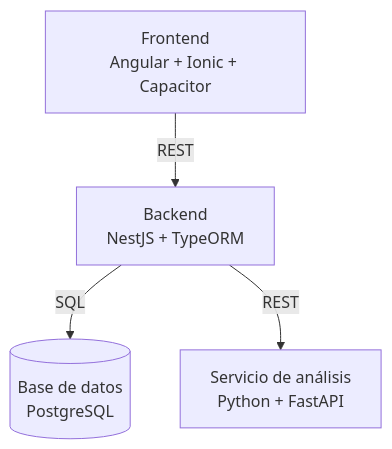
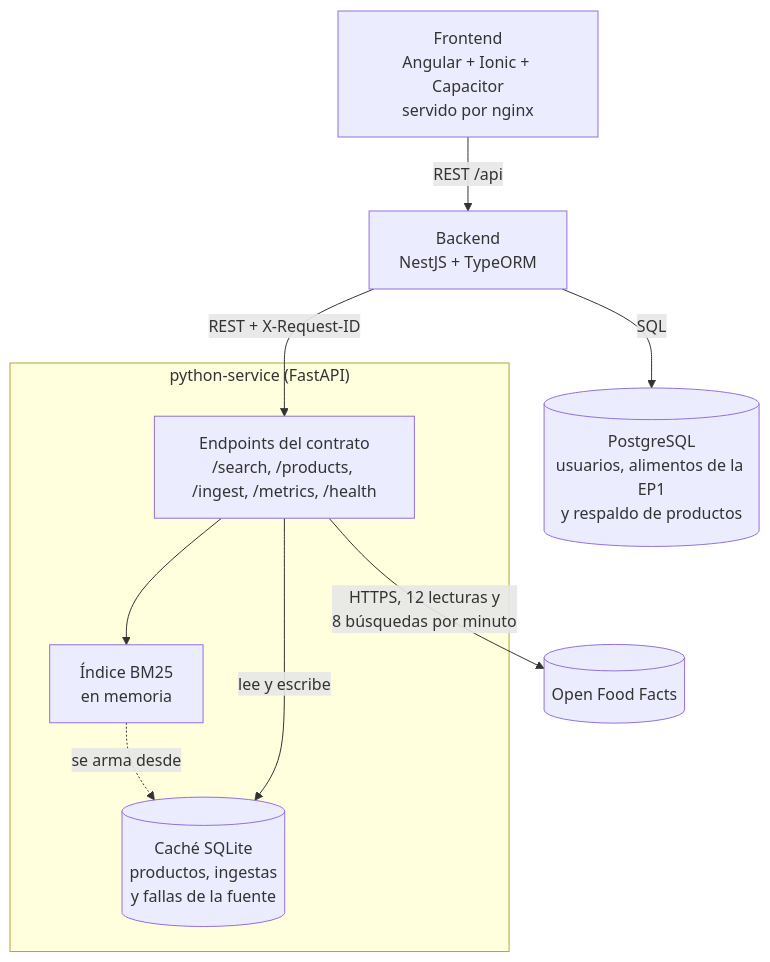
Before and after one commit to Nachetao/FoodAware-Project: the second of 5 diagrams in docs/Arquitectura.md, drawn with Mermaid. The commit also changed other lines of this file and 5 other files, not shown here.

````diff
--- a/docs/Arquitectura.md
+++ b/docs/Arquitectura.md
@@ -12,11 +19,20 @@
 ```mermaid
 flowchart TB
-    Frontend["Frontend\nAngular + Ionic + Capacitor"]
-    Backend["Backend\nNestJS + TypeORM"]
-    DB[("Base de datos\nPostgreSQL")]
-    Python["Servicio de análisis\nPython + FastAPI"]
+    Frontend["Frontend<br/>Angular + Ionic + Capacitor<br/>servido por nginx"]
+    Backend["Backend<br/>NestJS + TypeORM"]
+    DB[("PostgreSQL<br/>usuarios, alimentos de la EP1<br/>y respaldo de productos")]
+    subgraph Python["python-service (FastAPI)"]
+        API["Endpoints del contrato<br/>/search, /products, /ingest, /metrics, /health"]
+        Indice["Índice BM25<br/>en memoria"]
+        Cache[("Caché SQLite<br/>productos, ingestas<br/>y fallas de la fuente")]
+    end
+    OFF[("Open Food Facts")]
 
-    Frontend -->|REST| Backend
-    Backend -->|SQL| DB
-    Backend -->|REST| Python
+    Frontend -->|"REST /api"| Backend
+    Backend -->|"SQL"| DB
+    Backend -->|"REST + X-Request-ID"| API
+    API --> Indice
+    Indice -.->|"se arma desde"| Cache
+    API -->|"lee y escribe"| Cache
+    API -->|"HTTPS, 12 lecturas y<br/>8 búsquedas por minuto"| OFF
 ```
````
